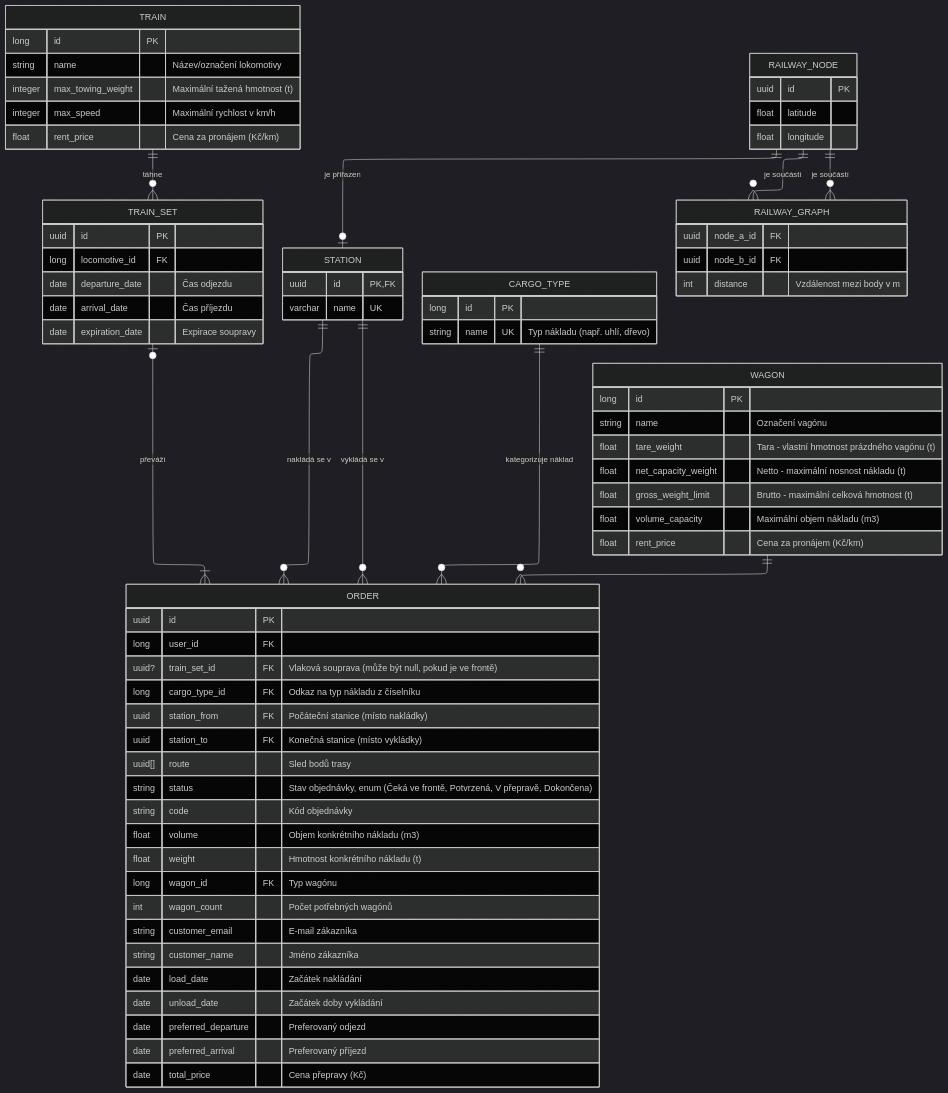
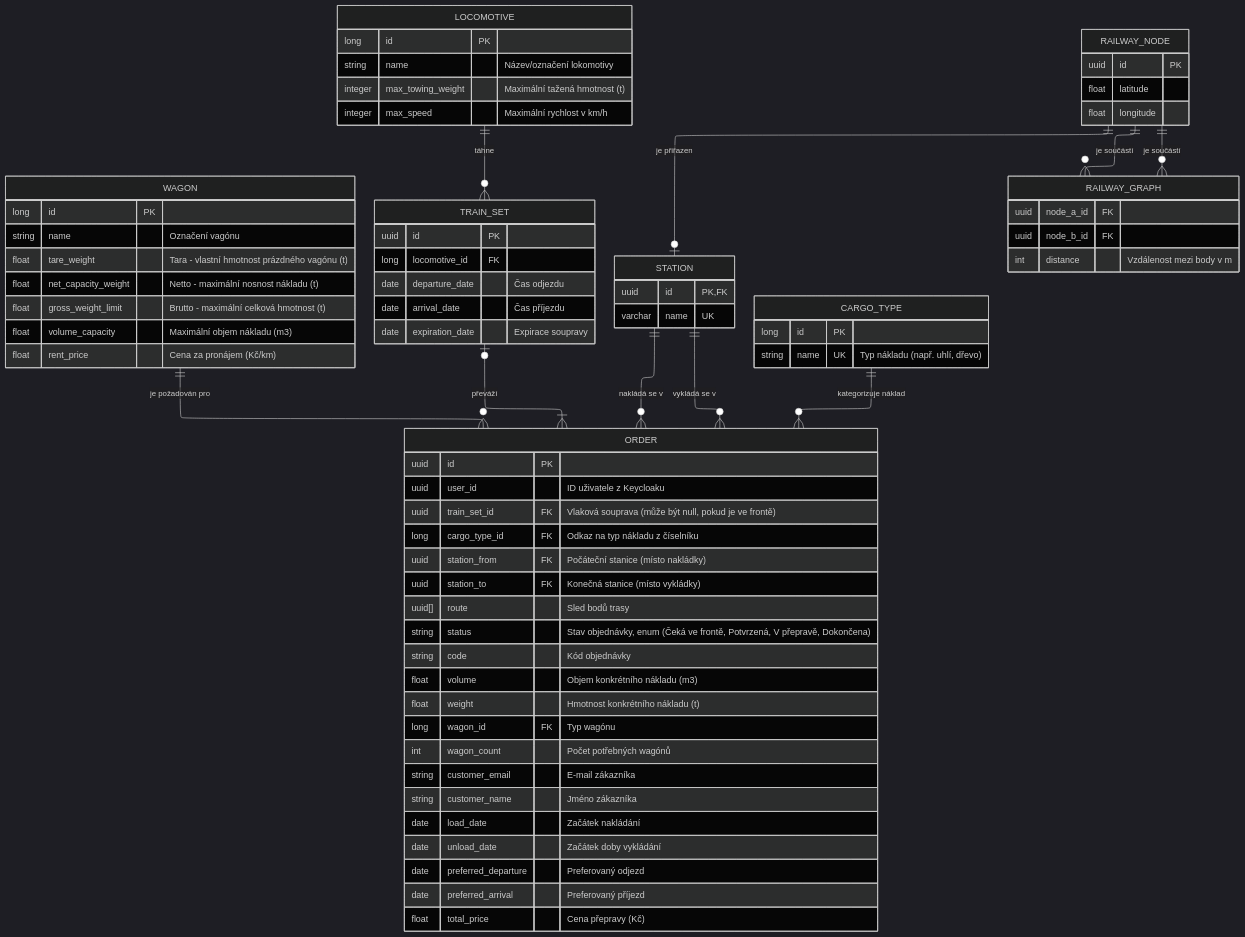
Before and after one commit to Heymuch/rocnikovy-projekt: the diagram in database/README.md, drawn with Mermaid (dark theme).

Commit message:
úpravy databázového modelu

```diff
--- a/database/README.md
+++ b/database/README.md
@@ -7,8 +7,8 @@
 
     ORDER {
         uuid id PK
-        long user_id FK
-        uuid? train_set_id FK "Vlaková souprava (může být null, pokud je ve frontě)"
+        uuid user_id "ID uživatele z Keycloaku"
+        uuid train_set_id FK "Vlaková souprava (může být null, pokud je ve frontě)"
         long cargo_type_id FK "Odkaz na typ nákladu z číselníku"
         uuid station_from FK "Počáteční stanice (místo nakládky)"
         uuid station_to FK "Konečná stanice (místo vykládky)"
@@ -25,7 +25,7 @@
         date unload_date "Začátek doby vykládání"
         date preferred_departure "Preferovaný odjezd"
         date preferred_arrival "Preferovaný příjezd"
-        date total_price "Cena přepravy (Kč)"
+        float total_price "Cena přepravy (Kč)"
     }
 
     WAGON {
@@ -38,12 +38,11 @@
         float rent_price "Cena za pronájem (Kč/km)"
     }
 
-    TRAIN {
+    LOCOMOTIVE {
         long id PK
         string name "Název/označení lokomotivy"
         integer max_towing_weight "Maximální tažená hmotnost (t)"
         integer max_speed "Maximální rychlost v km/h"
-        float rent_price "Cena za pronájem (Kč/km)"
     }
 
     TRAIN_SET {
@@ -80,8 +79,8 @@
 
 %% Vztahy
 
-%% TRAIN má nula až víc TRAIN SET. TRAIN SET má vždy jednu TRAIN.
-    TRAIN ||--o{ TRAIN_SET : "táhne"
+%% LOCOMOTIVE má nula až víc TRAIN SET. TRAIN SET má vždy jednu TRAIN.
+    LOCOMOTIVE ||--o{ TRAIN_SET : "táhne"
 
 %% ROUTE má dvě až více stanic (značeno jako 1..N), STATION má nula až více ROUTE
     STATION ||--o{ ORDER : "nakládá se v"
@@ -89,7 +88,7 @@
 
 %% CARGO_TYPE má nula nebo více ORDER. ORDER má právě jednu CARGO_TYPE.
     CARGO_TYPE ||--o{ ORDER : "kategorizuje náklad"
-    WAGON ||--o{ ORDER : ""
+    WAGON ||--o{ ORDER : "je požadován pro"
 
 %% TRAIN SET má jedna až více ORDER, ORDER má nula až jeden TRAIN SET.
     TRAIN_SET |o--|{ ORDER : "převáží"
```
